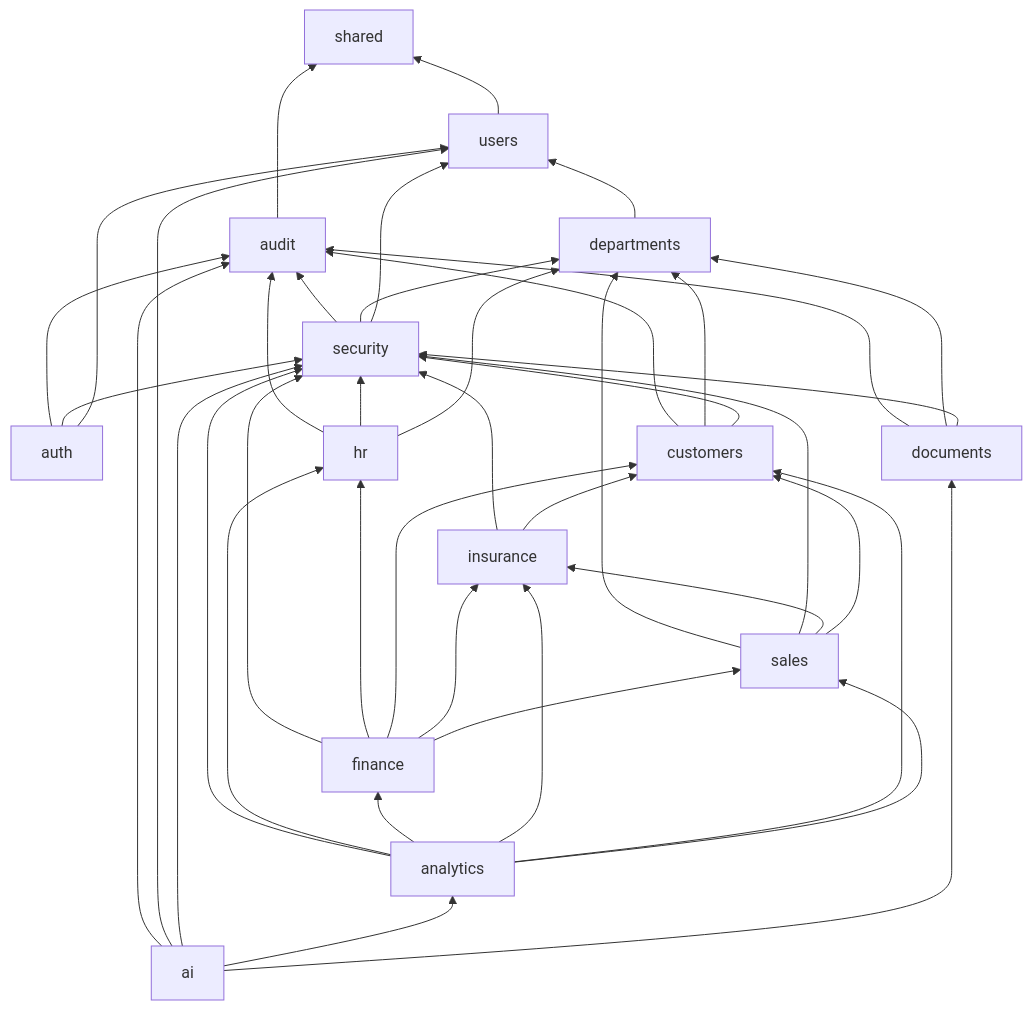
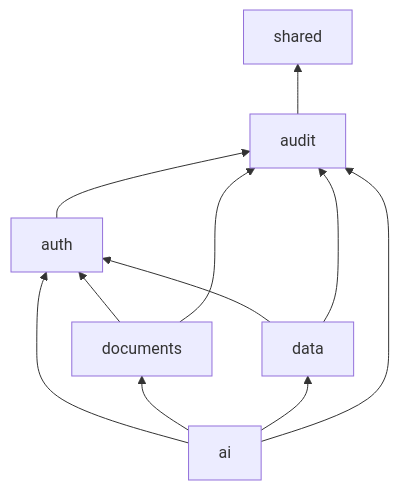
The first of 2 diagrams in docs/architecture/03-components.md (pedroamas/segur_plus), drawn with Mermaid before and after one commit. The commit also changed other lines of this file and 14 other files, not shown here.

````diff
--- a/docs/architecture/03-components.md
+++ b/docs/architecture/03-components.md
@@ -8,58 +8,20 @@
 ```mermaid
 flowchart BT
   shared["shared"]
   audit["audit"]
-  users["users"]
-  departments["departments"]
-  security["security"]
   auth["auth"]
   documents["documents"]
-  customers["customers"]
-  insurance["insurance"]
-  sales["sales"]
-  hr["hr"]
-  finance["finance"]
-  analytics["analytics"]
+  data["data"]
   ai["ai"]
 
   audit --> shared
-  users --> shared
-  departments --> users
-  security --> users
-  security --> departments
-  security --> audit
-  auth --> users
-  auth --> security
   auth --> audit
-  documents --> security
-  documents --> departments
+  documents --> auth
   documents --> audit
-  customers --> security
-  customers --> departments
-  customers --> audit
-  insurance --> customers
-  insurance --> security
-  sales --> customers
-  sales --> insurance
-  sales --> security
-  sales --> departments
-  hr --> departments
-  hr --> security
-  hr --> audit
-  finance --> sales
-  finance --> insurance
-  finance --> customers
-  finance --> hr
-  finance --> security
-  analytics --> sales
-  analytics --> customers
-  analytics --> insurance
-  analytics --> finance
-  analytics --> hr
-  analytics --> security
+  data --> auth
+  data --> audit
+  ai --> auth
   ai --> documents
-  ai --> analytics
-  ai --> security
-  ai --> users
+  ai --> data
   ai --> audit
 ```
````
